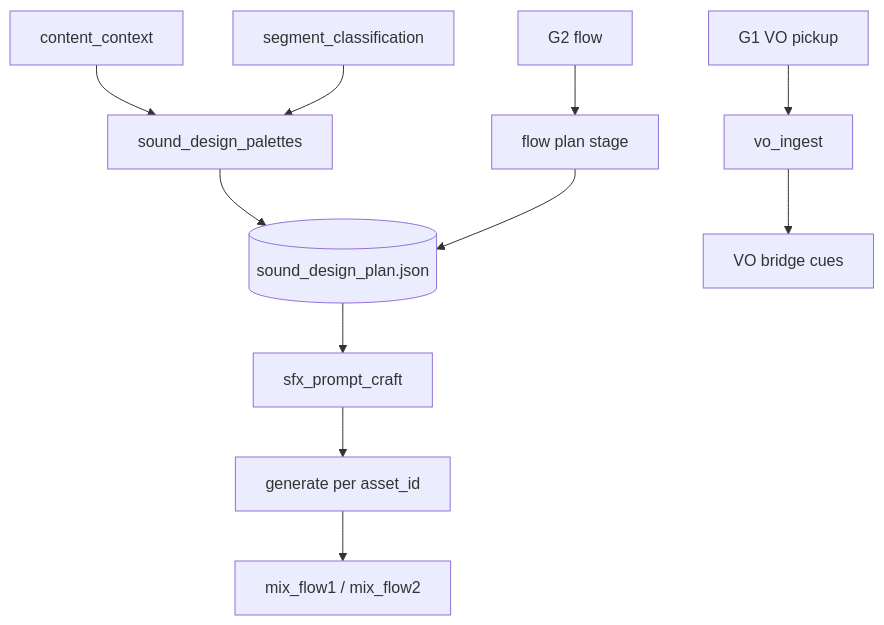
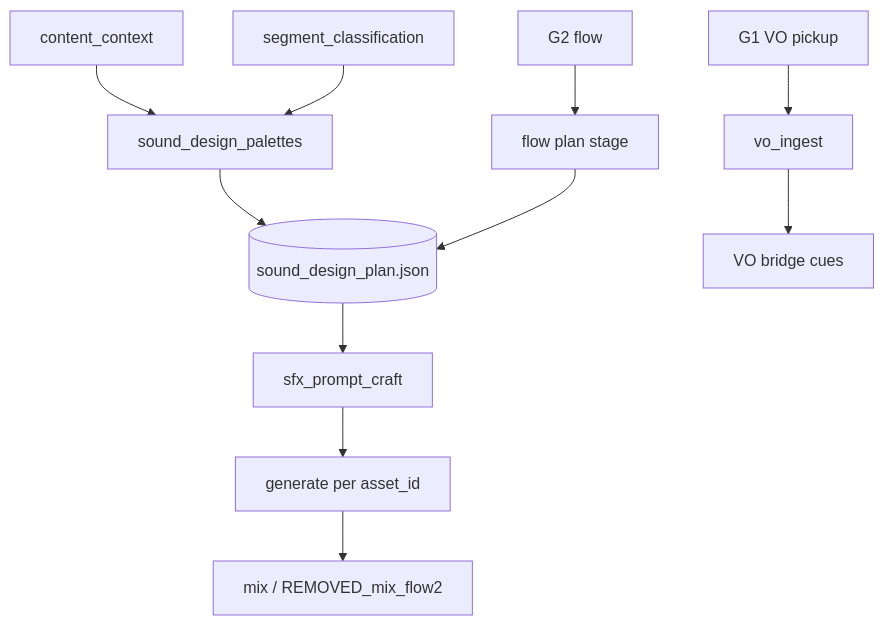
The first of 2 diagrams in docs/cross-cutting/sound-design.md (NicketUttarwar/interview_helper_mux), drawn with Mermaid before and after one commit. The commit also changed other lines of this file and 471 other files, not shown here.

````diff
--- a/docs/cross-cutting/sound-design.md
+++ b/docs/cross-cutting/sound-design.md
@@ -160,13 +160,13 @@
 ```mermaid
 flowchart TB
   CC[content_context] --> PAL[sound_design_palettes]
   SC[segment_classification] --> PAL
   PAL --> SDP[(sound_design_plan.json)]
   G1[G1 VO pickup] --> VO[vo_ingest]
   VO --> VO_CUES[VO bridge cues]
   G2[G2 flow] --> FPLAN[flow plan stage]
   FPLAN --> SDP
   SDP --> CRAFT[sfx_prompt_craft]
   CRAFT --> GEN[generate per asset_id]
-  GEN --> MIX[mix_flow1 / mix_flow2]
+  GEN --> MIX[mix / REMOVED_mix_flow2]
 ```
````
